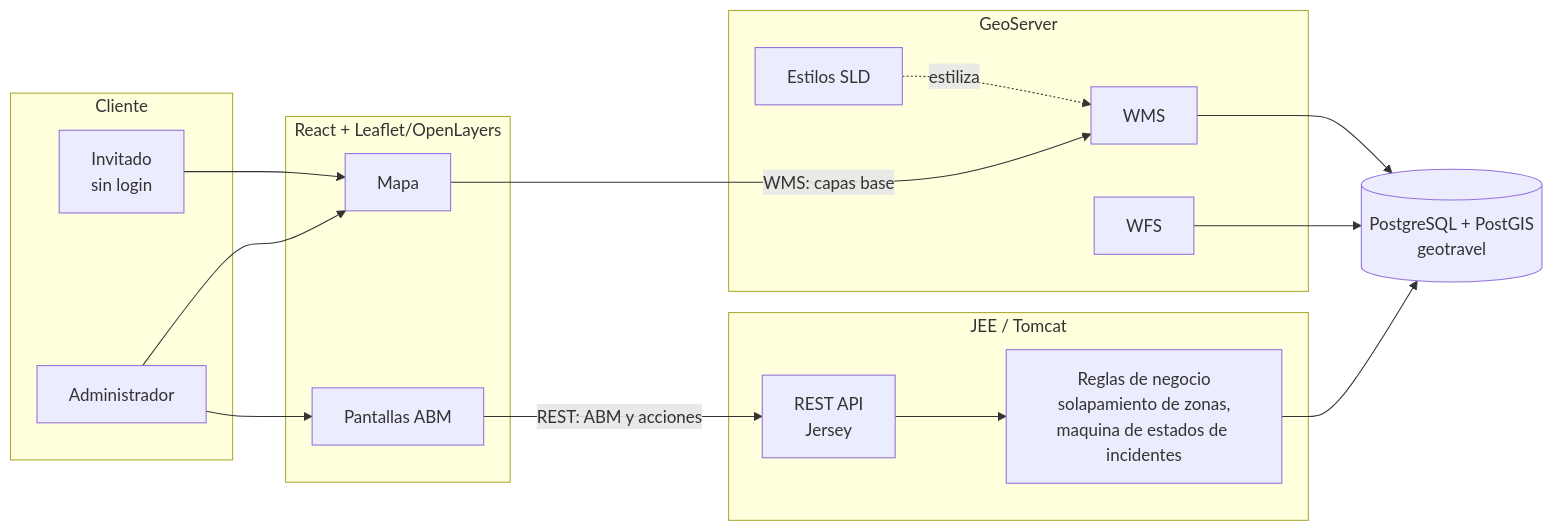
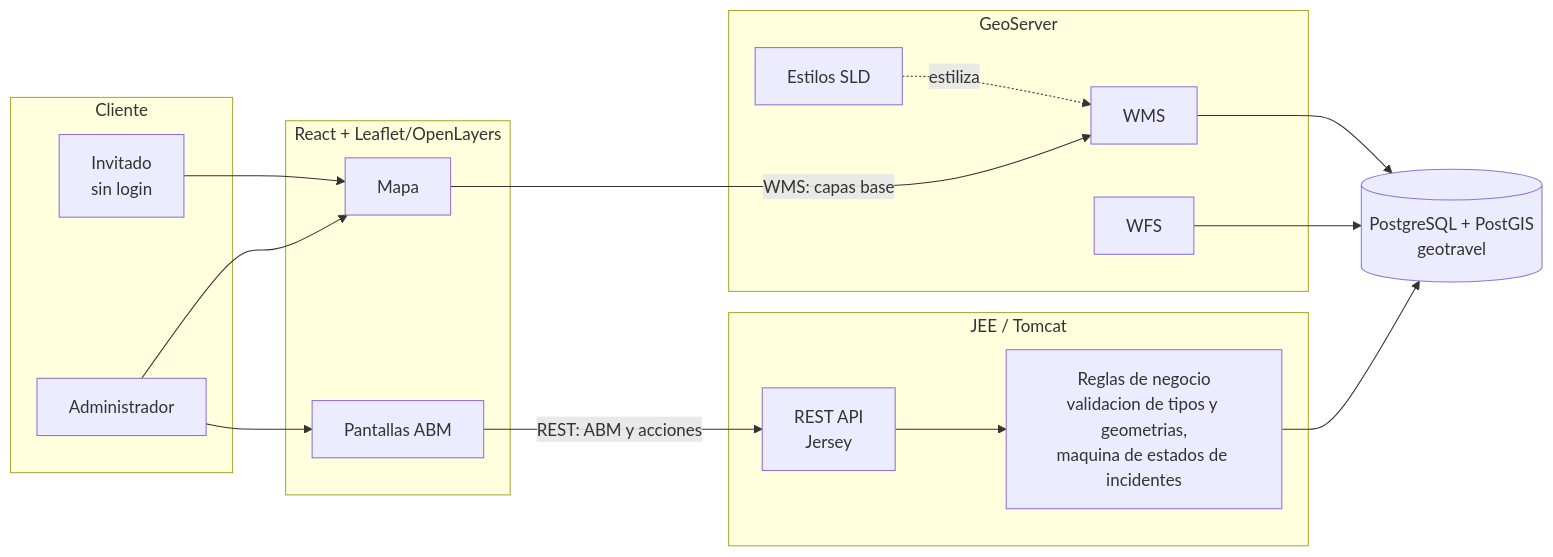
The first of 3 diagrams in docs/diagramas/arquitectura.md (Facu185/geotravel), drawn with Mermaid before and after one commit. The commit also changed 17 other files, not shown here.

````diff
--- a/docs/diagramas/arquitectura.md
+++ b/docs/diagramas/arquitectura.md
@@ -3,37 +3,37 @@
 ```mermaid
 flowchart LR
     subgraph Cliente
         Invitado[Invitado<br/>sin login]
         Admin[Administrador]
     end
 
     subgraph Frontend[React + Leaflet/OpenLayers]
         Mapa[Mapa]
         ABM[Pantallas ABM]
     end
 
     subgraph Backend[JEE / Tomcat]
         API[REST API<br/>Jersey]
-        Reglas[Reglas de negocio<br/>solapamiento de zonas,<br/>maquina de estados de incidentes]
+        Reglas[Reglas de negocio<br/>validacion de tipos y geometrias,<br/>maquina de estados de incidentes]
     end
 
     subgraph GeoServer
         WMS[WMS]
         WFS[WFS]
         SLD[Estilos SLD]
     end
 
     DB[(PostgreSQL + PostGIS<br/>geotravel)]
 
     Invitado --> Mapa
     Admin --> Mapa
     Admin --> ABM
 
     Mapa -->|WMS: capas base| WMS
     ABM -->|REST: ABM y acciones| API
 
     API --> Reglas --> DB
     WMS --> DB
     WFS --> DB
     SLD -.estiliza.-> WMS
 ```
````
